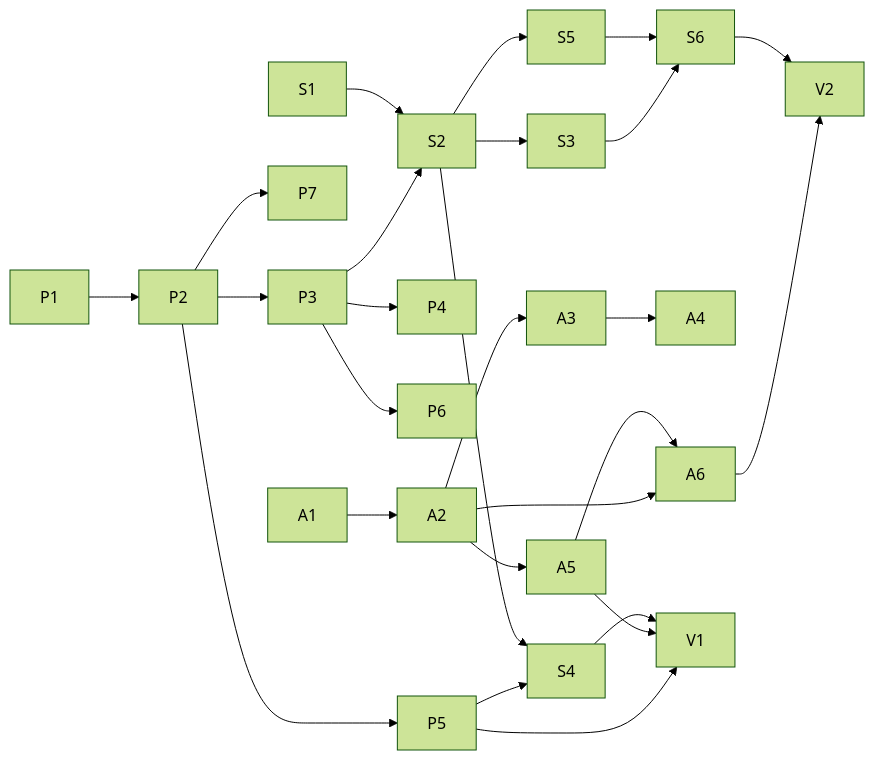
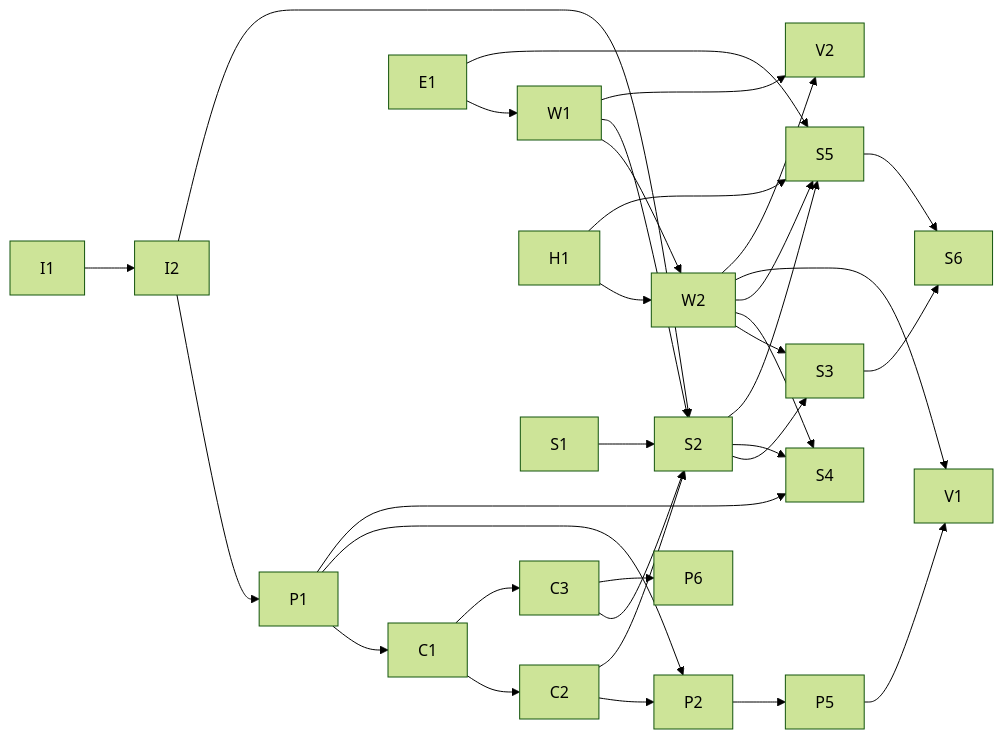
Before and after one commit to ytfh44/EvoCLJ: the diagram in docs/formal/README.md, drawn with Mermaid (forest theme). The commit also changed other lines of this file and 15 other files, not shown here.

````diff
--- a/docs/formal/README.md
+++ b/docs/formal/README.md
@@ -75,7 +81,6 @@
 ```mermaid
 flowchart LR
-  P1-->P2; P2-->P3; P2-->P5; P2-->P7; P3-->P4; P3-->P6; P3-->S2; P5-->S4
-  A1-->A2; A2-->A3; A2-->A5; A2-->A6; A3-->A4; A5-->A6
-  S1-->S2; S2-->S3; S2-->S4; S2-->S5; S3-->S6; S5-->S6
-  P5-->V1; A5-->V1; S4-->V1; A6-->V2; S6-->V2
+  I1-->I2; I2-->P1; P1-->C1; C1-->C2; C1-->C3; P1-->P2; C2-->P2; P2-->P5; I2-->S2; C2-->S2; C3-->S2
+  E1-->W1; W1-->W2; H1-->W2; W1-->S2; W2-->S3; W2-->S4; W2-->S5; S1-->S2; S2-->S3; S2-->S4; S2-->S5; S3-->S6; S5-->S6
+  P1-->S4; C3-->P6; E1-->S5; H1-->S5; W2-->V1; P5-->V1; W1-->V2; W2-->V2
 ```
````
